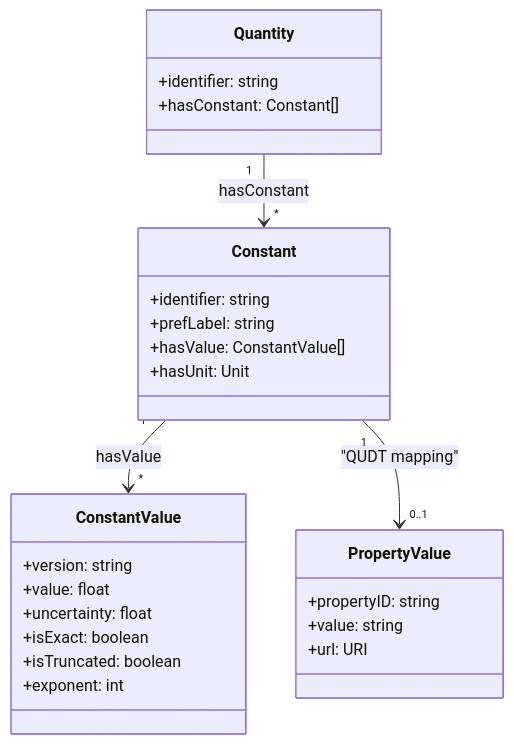
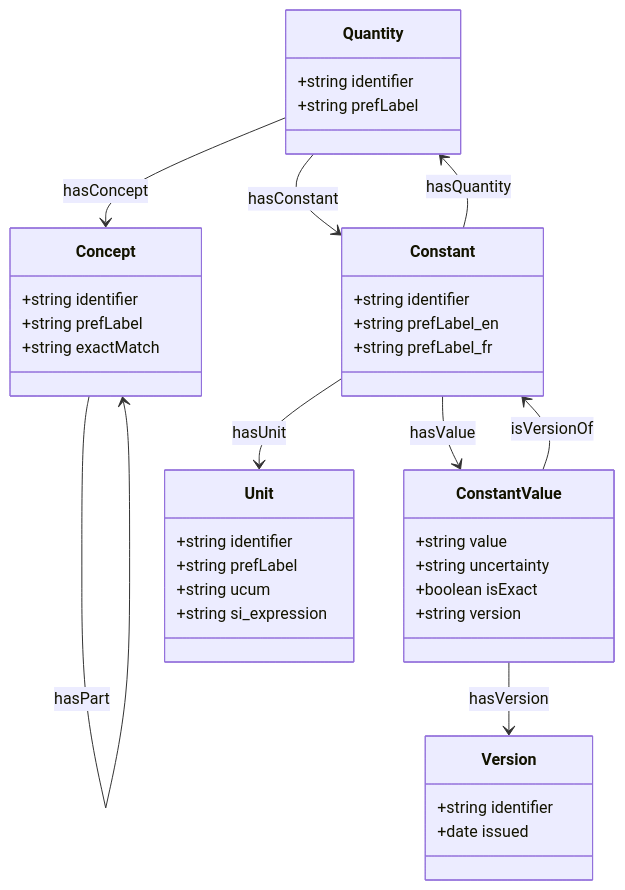
Before and after one commit to codata/drum-constants: the second of 2 diagrams in CODATA_CONSTANTS_MODEL.md, drawn with Mermaid. The commit also changed other lines of this file and 5 other files, not shown here.

````diff
--- a/CODATA_CONSTANTS_MODEL.md
+++ b/CODATA_CONSTANTS_MODEL.md
@@ -76,33 +105,48 @@
 ```mermaid
 classDiagram
+    class Concept {
+        +string identifier
+        +string prefLabel
+        +string exactMatch
+    }
+    
     class Quantity {
-        +identifier: string
-        +hasConstant: Constant[]
+        +string identifier
+        +string prefLabel
     }
     
     class Constant {
-        +identifier: string
-        +prefLabel: string
-        +hasValue: ConstantValue[]
-        +hasUnit: Unit
+        +string identifier
+        +string prefLabel_en
+        +string prefLabel_fr
+    }
+    
+    class Unit {
+        +string identifier
+        +string prefLabel
+        +string ucum
+        +string si_expression
+    }
+    
+    class Version {
+        +string identifier
+        +date issued
     }
     
     class ConstantValue {
-        +version: string
-        +value: float
-        +uncertainty: float
-        +isExact: boolean
-        +isTruncated: boolean
-        +exponent: int
+        +string value
+        +string uncertainty
+        +boolean isExact
+        +string version
     }
-    
-    class PropertyValue {
-        +propertyID: string
-        +value: string
-        +url: URI
-    }
-    
-    Quantity "1" --> "*" Constant : hasConstant
-    Constant "1" --> "*" ConstantValue : hasValue
-    Constant "1" --> "0..1" PropertyValue : "QUDT mapping"
+
+    Concept --> Concept : broader
+    Concept --> Concept : hasPart
+    Quantity --> Concept : hasConcept
+    Constant --> Quantity : hasQuantity
+    Quantity --> Constant : hasConstant
+    Constant --> Unit : hasUnit
+    Constant --> ConstantValue : hasValue
+    ConstantValue --> Constant : isVersionOf
+    ConstantValue --> Version : hasVersion
 ```
````
